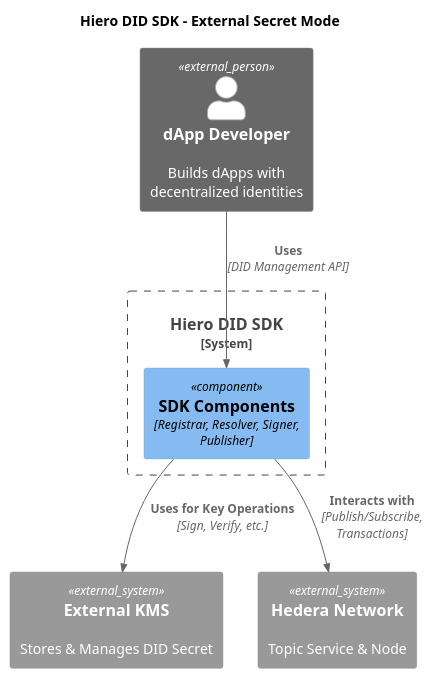
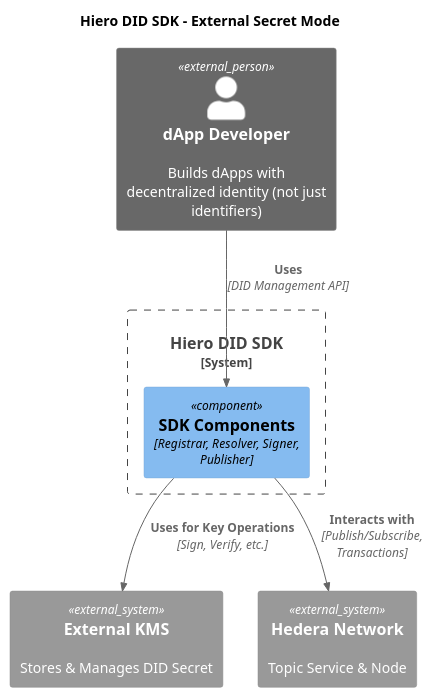
Before and after one commit to hiero-ledger/hiero-did-sdk-js: the diagram in docs/modules/ROOT/pages/02-design/diagrams/external-secret-mode-diagram.puml, drawn with PlantUML. The commit also changed 35 other files, not shown here.

```diff
--- a/docs/modules/ROOT/pages/02-design/diagrams/external-secret-mode-diagram.puml
+++ b/docs/modules/ROOT/pages/02-design/diagrams/external-secret-mode-diagram.puml
@@ -1,19 +1,19 @@
 @startuml
 !include https://raw.githubusercontent.com/plantuml-stdlib/C4-PlantUML/master/C4_Component.puml
 
 title Hiero DID SDK - External Secret Mode
 
-Person_Ext(developer, "dApp Developer", "Builds dApps with decentralized identities")
+Person_Ext(developer, "dApp Developer", "Builds dApps with decentralized identity (not just identifiers)")
 
 System_Boundary(c1, "Hiero DID SDK") {
-  Component(sdk, "SDK Components", "Registrar, Resolver, Signer, Publisher") 
+  Component(sdk, "SDK Components", "Registrar, Resolver, Signer, Publisher")
 }
 
 System_Ext(kms, "External KMS", "Stores & Manages DID Secret")
 System_Ext(hedera, "Hedera Network", "Topic Service & Node")
 
 Rel(developer, sdk, "Uses", "DID Management API")
 Rel(sdk, kms, "Uses for Key Operations", "Sign, Verify, etc.")
 Rel(sdk, hedera, "Interacts with", "Publish/Subscribe, Transactions")
 
 @enduml
```
